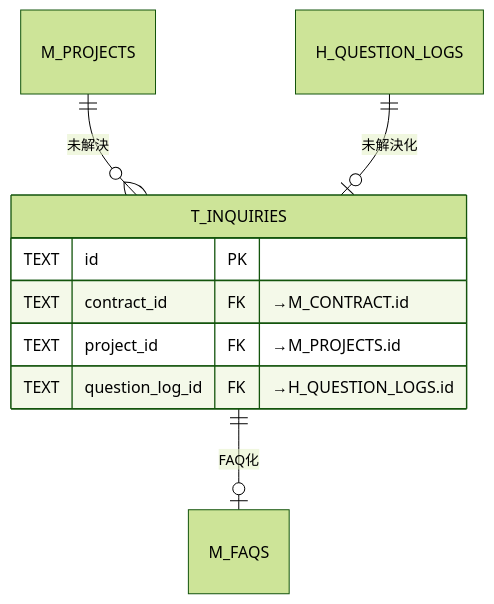
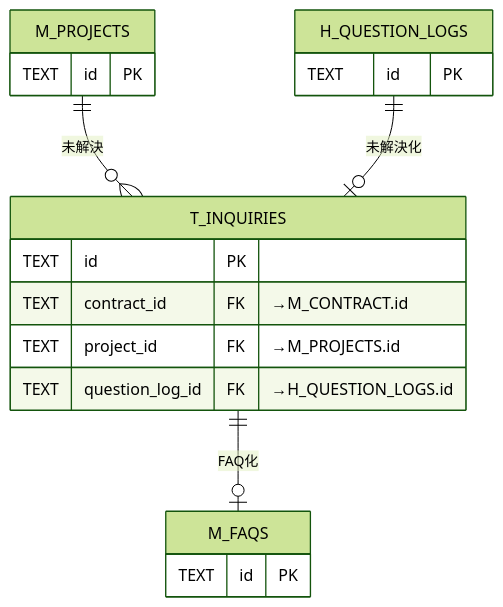
Before and after one commit to sikakou54/open-faq: the eighth of 12 diagrams in 02_basic-design/03_database-design.md, drawn with Mermaid (forest theme). The commit also changed other lines of this file, not shown here.

First line of the commit message:
DB設計: ER図でキー未表示だったエンティティにPKブロックを追加((6)(7)(8)(10))

````diff
--- a/02_basic-design/03_database-design.md
+++ b/02_basic-design/03_database-design.md
@@ -227,10 +233,13 @@
 ```mermaid
 erDiagram
   T_INQUIRIES { TEXT id PK
     TEXT contract_id FK "→M_CONTRACT.id"
     TEXT project_id FK "→M_PROJECTS.id"
     TEXT question_log_id FK "→H_QUESTION_LOGS.id" }
+  M_PROJECTS { TEXT id PK }
+  H_QUESTION_LOGS { TEXT id PK }
+  M_FAQS { TEXT id PK }
   M_PROJECTS ||--o{ T_INQUIRIES : "未解決"
   H_QUESTION_LOGS ||--o| T_INQUIRIES : "未解決化"
   T_INQUIRIES ||--o| M_FAQS : "FAQ化"
 ```
````
